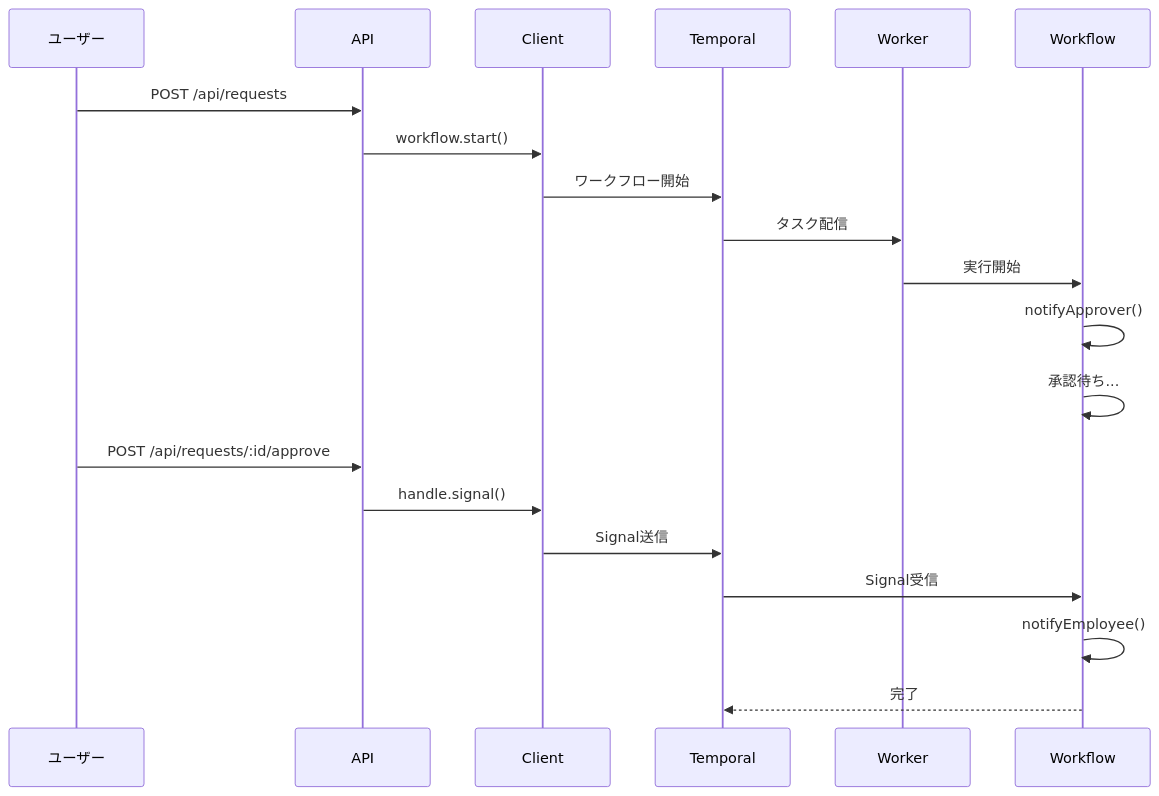
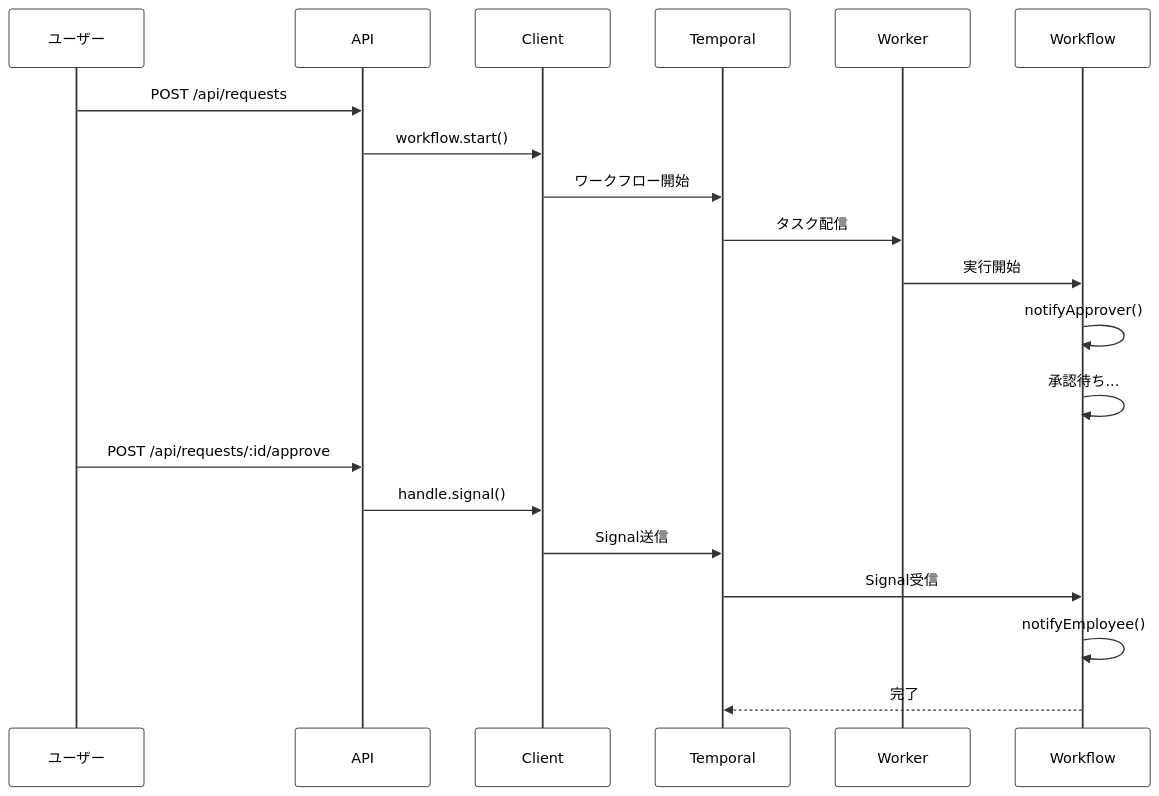
The second of 4 diagrams in docs/temporal.md (tokiwa-org/temporal), drawn with Mermaid before and after one commit. The commit also changed other lines of this file, not shown here.

First line of the commit message:
Mermaid図に白背景・黒文字・境界線を設定

````diff
--- a/docs/temporal.md
+++ b/docs/temporal.md
@@ -94,24 +95,25 @@
 ```mermaid
+%%{init: {'theme': 'base', 'themeVariables': {'primaryColor': '#ffffff', 'primaryTextColor': '#000000', 'primaryBorderColor': '#333333', 'lineColor': '#333333', 'actorBkg': '#ffffff', 'actorTextColor': '#000000', 'actorLineColor': '#333333', 'signalColor': '#333333', 'signalTextColor': '#000000'}}}%%
 sequenceDiagram
     participant U as ユーザー
     participant A as API
     participant C as Client
     participant T as Temporal
     participant W as Worker
     participant WF as Workflow
 
     U->>A: POST /api/requests
     A->>C: workflow.start()
     C->>T: ワークフロー開始
     T->>W: タスク配信
     W->>WF: 実行開始
     WF->>WF: notifyApprover()
     WF->>WF: 承認待ち...
 
     U->>A: POST /api/requests/:id/approve
     A->>C: handle.signal()
     C->>T: Signal送信
     T->>WF: Signal受信
     WF->>WF: notifyEmployee()
     WF-->>T: 完了
 ```
````
